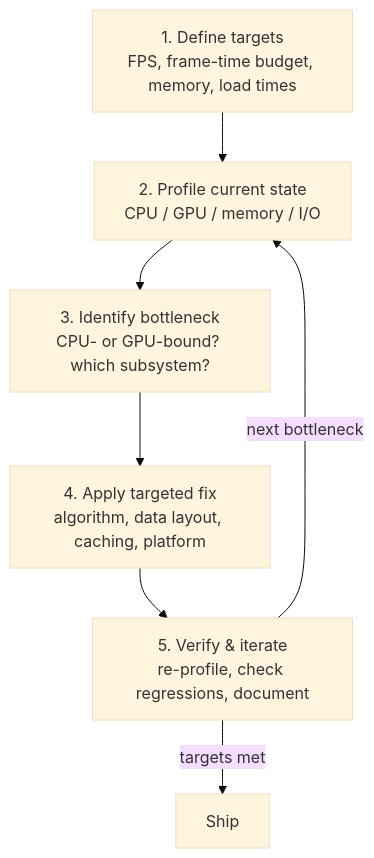
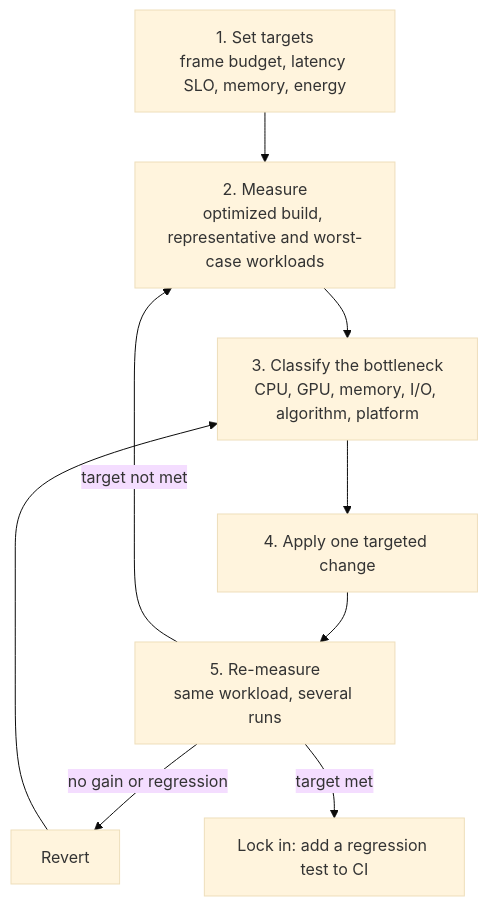
One commit to AndrewAltimit/Documentation changed the diagram in github-pages/docs/optimization/index.md. Above: the diagram before and after it, drawn with Mermaid (base theme). The commit also changed other lines of this file and 240 other files, not shown here.

````diff
--- a/github-pages/docs/optimization/index.md
+++ b/github-pages/docs/optimization/index.md
@@ -159,9 +99,10 @@
 ```mermaid
 flowchart TD
-    A["1. Define targets<br/>FPS, frame-time budget, memory, load times"] --> B["2. Profile current state<br/>CPU / GPU / memory / I/O"]
-    B --> C["3. Identify bottleneck<br/>CPU- or GPU-bound? which subsystem?"]
-    C --> D["4. Apply targeted fix<br/>algorithm, data layout, caching, platform"]
-    D --> E["5. Verify & iterate<br/>re-profile, check regressions, document"]
-    E -->|next bottleneck| B
-    E -->|targets met| F["Ship"]
+    A["1. Set targets<br/>frame budget, latency SLO, memory, energy"] --> B["2. Measure<br/>optimized build, representative and worst-case workloads"]
+    B --> C["3. Classify the bottleneck<br/>CPU, GPU, memory, I/O, algorithm, platform"]
+    C --> D["4. Apply one targeted change"]
+    D --> E["5. Re-measure<br/>same workload, several runs"]
+    E -->|"no gain or regression"| R["Revert"] --> C
+    E -->|"target not met"| B
+    E -->|"target met"| F["Lock in: add a regression test to CI"]
 ```
````
